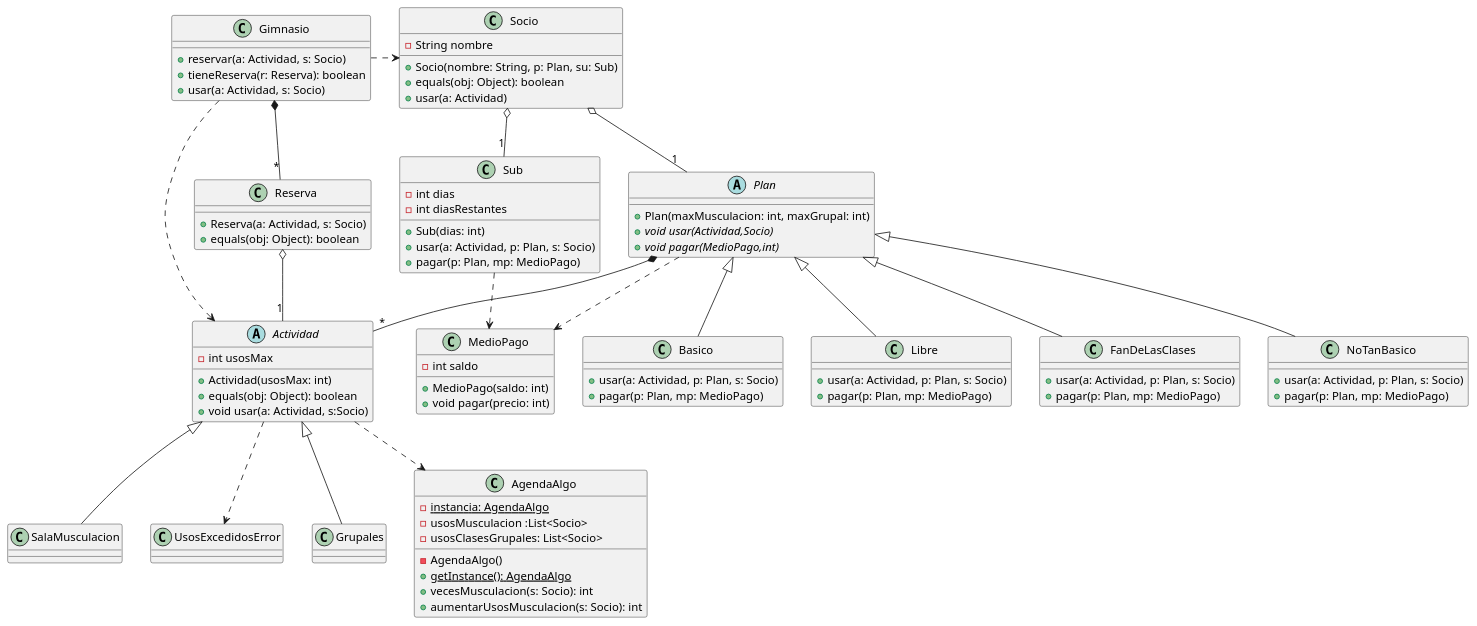
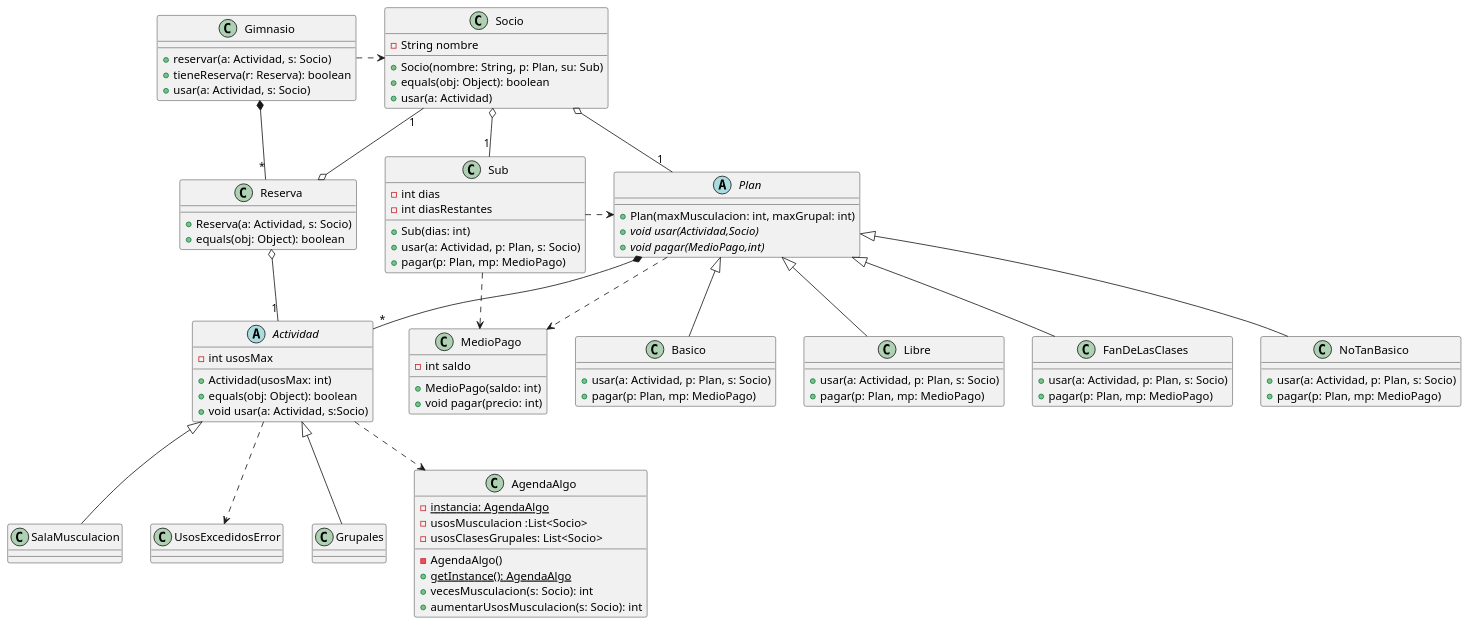
Before and after one commit to lucas96will/Fiuba_ParadigmasDeProgramacion: the diagram in src/diagrams/DiagramaClases.puml, drawn with PlantUML. The commit also changed 1 other file, not shown here.

```diff
--- a/src/diagrams/DiagramaClases.puml
+++ b/src/diagrams/DiagramaClases.puml
@@ -1,116 +1,118 @@
 @startuml
 class Gimnasio {
 + reservar(a: Actividad, s: Socio)
 + tieneReserva(r: Reserva): boolean
 + usar(a: Actividad, s: Socio)
 }
 
 
 class FanDeLasClases {
 + usar(a: Actividad, p: Plan, s: Socio)
 + pagar(p: Plan, mp: MedioPago)
 }
 
 abstract class Actividad {
 - int usosMax
 + Actividad(usosMax: int)
 + equals(obj: Object): boolean
 + void usar(a: Actividad, s:Socio)
 }
 
 
 class Reserva {
 + Reserva(a: Actividad, s: Socio)
 + equals(obj: Object): boolean
 }
 
 
 class SalaMusculacion {
 }
 
 class MedioPago {
 - int saldo
 + MedioPago(saldo: int)
 + void pagar(precio: int)
 }
 
 
 class UsosExcedidosError {
 }
 
 class Sub {
 - int dias
 - int diasRestantes
 + Sub(dias: int)
 + usar(a: Actividad, p: Plan, s: Socio)
 + pagar(p: Plan, mp: MedioPago)
 }
 
 
 class Grupales {
 }
 
 class AgendaAlgo {
 - {static} instancia: AgendaAlgo
 - usosMusculacion :List<Socio>
 - usosClasesGrupales: List<Socio>
 - AgendaAlgo()
 + {static} getInstance(): AgendaAlgo
 + vecesMusculacion(s: Socio): int
 + aumentarUsosMusculacion(s: Socio): int
 }
 
 
 class NoTanBasico {
 
 + usar(a: Actividad, p: Plan, s: Socio)
 + pagar(p: Plan, mp: MedioPago)
 }
 
 class Basico {
 
 + usar(a: Actividad, p: Plan, s: Socio)
 + pagar(p: Plan, mp: MedioPago)
 }
 
 
 class Libre {
 
 + usar(a: Actividad, p: Plan, s: Socio)
 + pagar(p: Plan, mp: MedioPago)
 }
 abstract class Plan {
 
 + Plan(maxMusculacion: int, maxGrupal: int)
 + {abstract}void usar(Actividad,Socio)
 + {abstract}void pagar(MedioPago,int)
 }
 
 
 class Socio {
 - String nombre
 + Socio(nombre: String, p: Plan, su: Sub)
 + equals(obj: Object): boolean
 + usar(a: Actividad)
 }
 
 
 Plan <|-- FanDeLasClases
 Actividad <|-- SalaMusculacion
 Actividad <|-- Grupales
 Plan <|-- NoTanBasico
 Plan <|-- Libre
 Plan <|-- Basico
 
 Plan *-- "*" Actividad
 Gimnasio *-- "*" Reserva
 Reserva o-- "1" Actividad
+Reserva o-left "1" Socio
 Actividad ..> UsosExcedidosError
 Socio o-- "1" Sub
 Socio o-- "1" Plan
 Actividad ..> AgendaAlgo
 Plan ..> MedioPago
 Sub ..> MedioPago
-Gimnasio .> Actividad
+Sub .> Plan
+
 Gimnasio .> Socio
 @enduml
```
